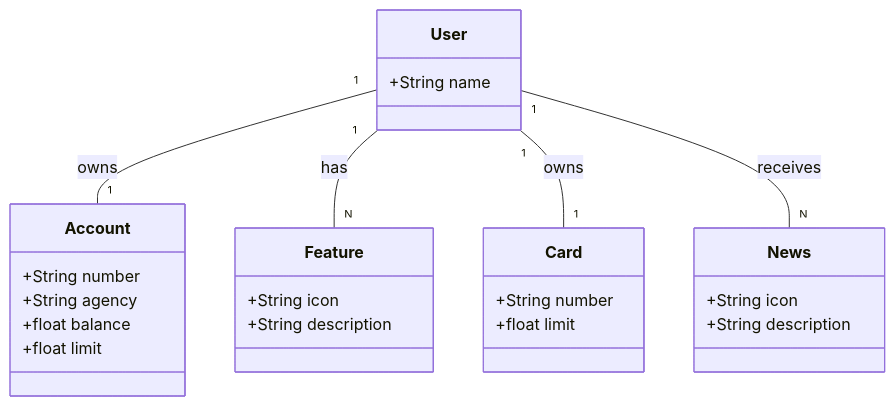
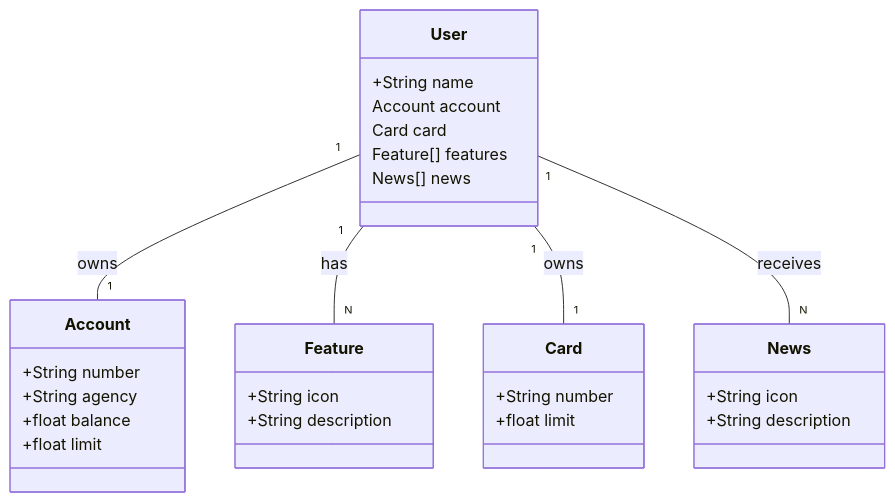
One commit to miguelkapicius/api-rest-java changed the diagram in README.md. Above: the diagram before and after it, drawn with Mermaid.

````diff
--- a/README.md
+++ b/README.md
@@ -3,33 +3,37 @@
 ```mermaid
 classDiagram
     class User {
         +String name
+        Account account
+        Card card
+        Feature[] features
+        News[] news
     }
 
     class Account {
         +String number
         +String agency
         +float balance
         +float limit
     }
 
     class Feature {
         +String icon
         +String description
     }
 
     class Card {
         +String number
         +float limit
     }
 
     class News {
         +String icon
         +String description
     }
 
     User "1" -- "1" Account : owns
     User "1" -- "N" Feature : has
     User "1" -- "1" Card : owns
     User "1" -- "N" News : receives
 ```
````
